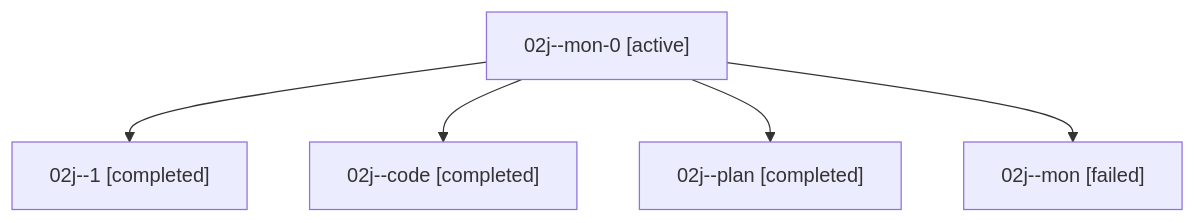
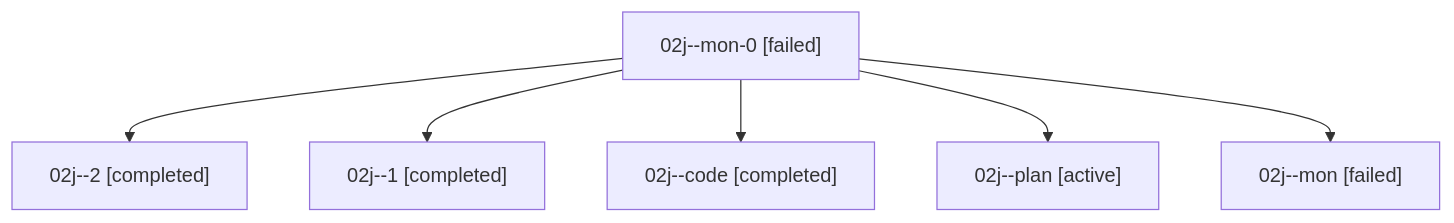
One commit to sase-org/sase--agents changed the diagram in families/bbugyi200.athena.02j.md. Above: the diagram before and after it, drawn with Mermaid. The commit also changed other lines of this file and 35830 other files, not shown here.

````diff
--- a/families/bbugyi200.athena.02j.md
+++ b/families/bbugyi200.athena.02j.md
@@ -9,12 +9,14 @@
 ```mermaid
 flowchart TD
-  n0["02j--mon-0 [active]"]
-  n1["02j--1 [completed]"]
+  n0["02j--mon-0 [failed]"]
+  n1["02j--2 [completed]"]
   n0 --> n1
-  n2["02j--code [completed]"]
+  n2["02j--1 [completed]"]
   n0 --> n2
-  n3["02j--plan [completed]"]
+  n3["02j--code [completed]"]
   n0 --> n3
-  n4["02j--mon [failed]"]
+  n4["02j--plan [active]"]
   n0 --> n4
+  n5["02j--mon [failed]"]
+  n0 --> n5
 ```
````
